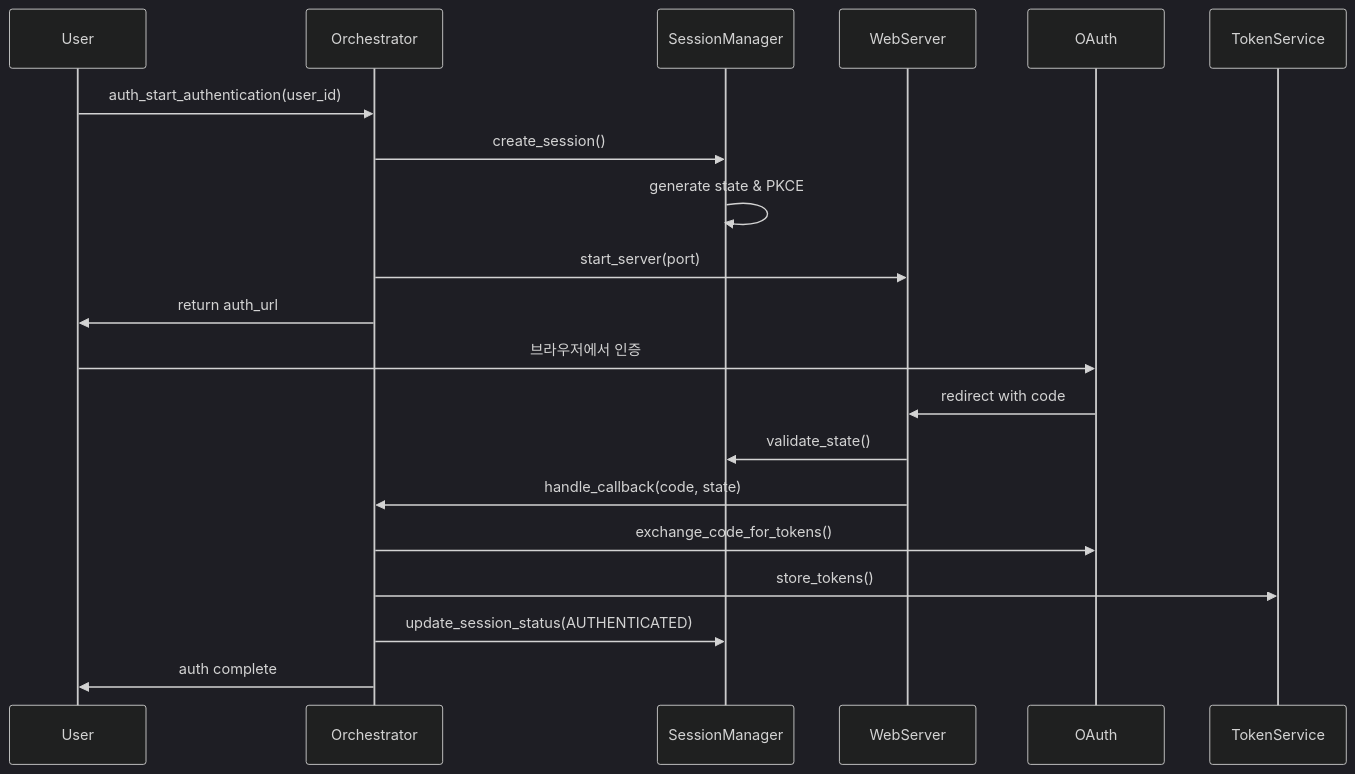
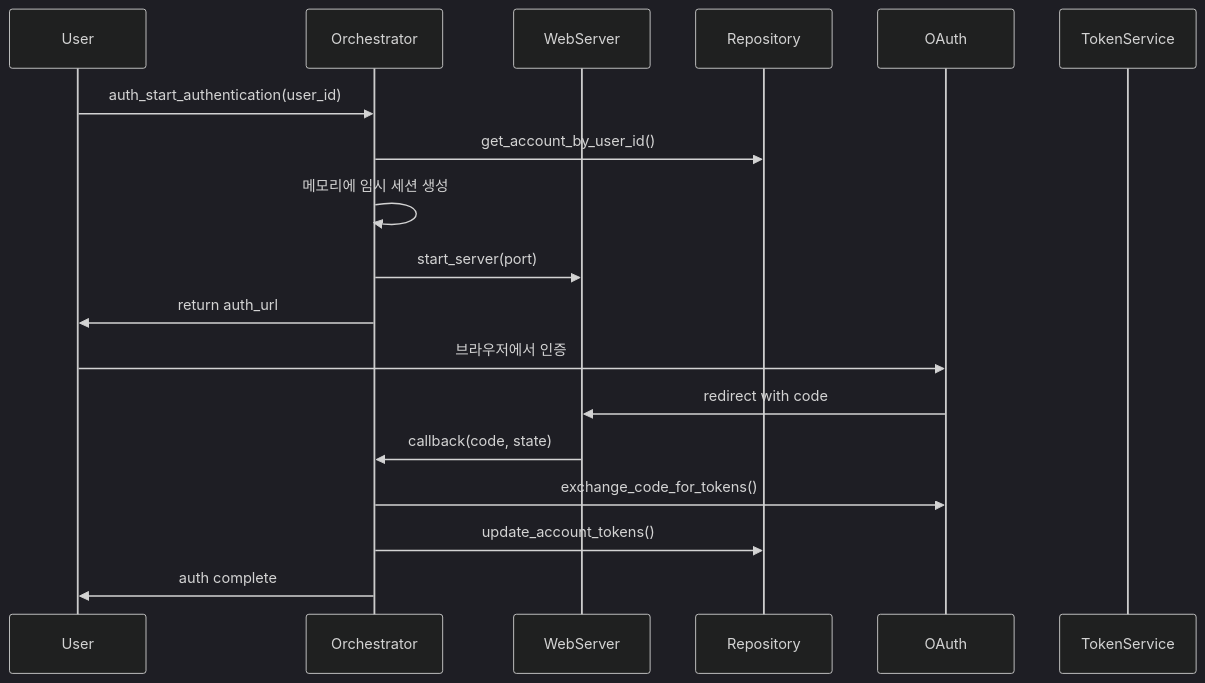
The first of 3 diagrams in modules/auth/auth_implementation_plan.md (kimghw/MailQueryWithMCP), drawn with Mermaid (dark theme) before and after one commit. The commit also changed other lines of this file and 2 other files, not shown here.

Commit message:
docs: update auth module implementation plan and work plan for simplification and infra service utilization

````diff
--- a/modules/auth/auth_implementation_plan.md
+++ b/modules/auth/auth_implementation_plan.md
@@ -133,23 +146,21 @@
 ```mermaid
 sequenceDiagram
     participant User
     participant Orchestrator
-    participant SessionManager
     participant WebServer
+    participant Repository
     participant OAuth
     participant TokenService
 
     User->>Orchestrator: auth_start_authentication(user_id)
-    Orchestrator->>SessionManager: create_session()
-    SessionManager->>SessionManager: generate state & PKCE
+    Orchestrator->>Repository: get_account_by_user_id()
+    Orchestrator->>Orchestrator: 메모리에 임시 세션 생성
     Orchestrator->>WebServer: start_server(port)
     Orchestrator->>User: return auth_url
     User->>OAuth: 브라우저에서 인증
     OAuth->>WebServer: redirect with code
-    WebServer->>SessionManager: validate_state()
-    WebServer->>Orchestrator: handle_callback(code, state)
+    WebServer->>Orchestrator: callback(code, state)
     Orchestrator->>OAuth: exchange_code_for_tokens()
-    Orchestrator->>TokenService: store_tokens()
-    Orchestrator->>SessionManager: update_session_status(AUTHENTICATED)
+    Orchestrator->>Repository: update_account_tokens()
     Orchestrator->>User: auth complete
 ```
````
